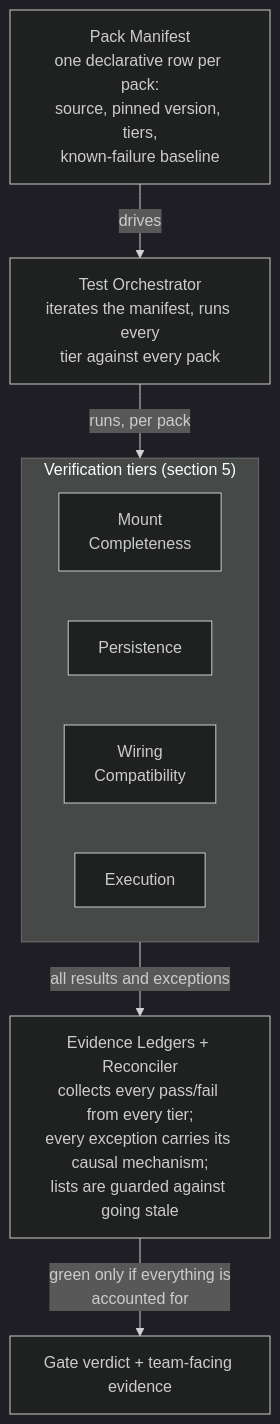
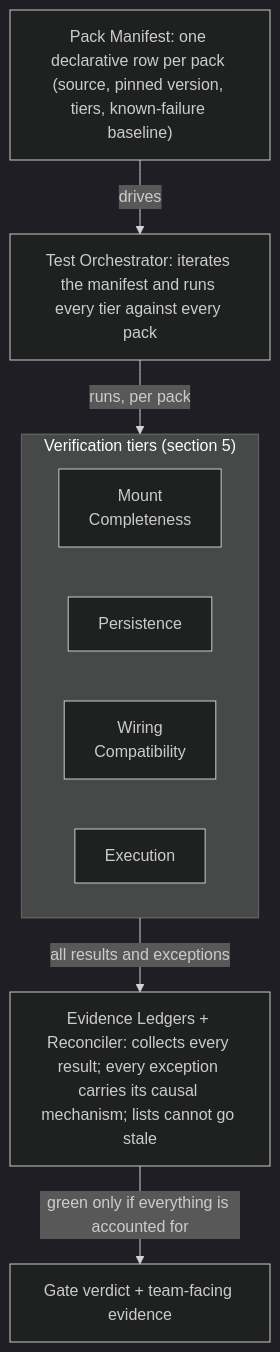
The second of 8 diagrams in browser_tests/tests/customNodes/ARCHITECTURE.md (Comfy-Org/ComfyUI_frontend), drawn with Mermaid (dark theme) before and after one commit. The commit also changed other lines of this file, not shown here.

First line of the commit message:
docs(custom-nodes): wide diagram boxes - strip forced line breaks from D1-D4

````diff
--- a/browser_tests/tests/customNodes/ARCHITECTURE.md
+++ b/browser_tests/tests/customNodes/ARCHITECTURE.md
@@ -142,18 +142,18 @@
 ```mermaid
 flowchart TB
-    MAN["Pack Manifest<br/>one declarative row per pack:<br/>source, pinned version, tiers,<br/>known-failure baseline"]
-    ORCH["Test Orchestrator<br/>iterates the manifest, runs every<br/>tier against every pack"]
+    MAN["Pack Manifest: one declarative row per pack (source, pinned version, tiers, known-failure baseline)"]
+    ORCH["Test Orchestrator: iterates the manifest and runs every tier against every pack"]
     subgraph TIERS ["Verification tiers (section 5)"]
         direction LR
         TM["Mount<br/>Completeness"]
         TP["Persistence"]
         TW["Wiring<br/>Compatibility"]
         TX["Execution"]
     end
-    EVID["Evidence Ledgers + Reconciler<br/>collects every pass/fail from every tier;<br/>every exception carries its causal mechanism;<br/>lists are guarded against going stale"]
+    EVID["Evidence Ledgers + Reconciler: collects every result; every exception carries its causal mechanism; lists cannot go stale"]
     GATE["Gate verdict + team-facing evidence"]
     MAN -->|"drives"| ORCH
     ORCH -->|"runs, per pack"| TIERS
     TIERS -->|"all results and exceptions"| EVID
-    EVID -->|"green only if everything is<br/>accounted for"| GATE
+    EVID -->|"green only if everything is accounted for"| GATE
 ```
````
